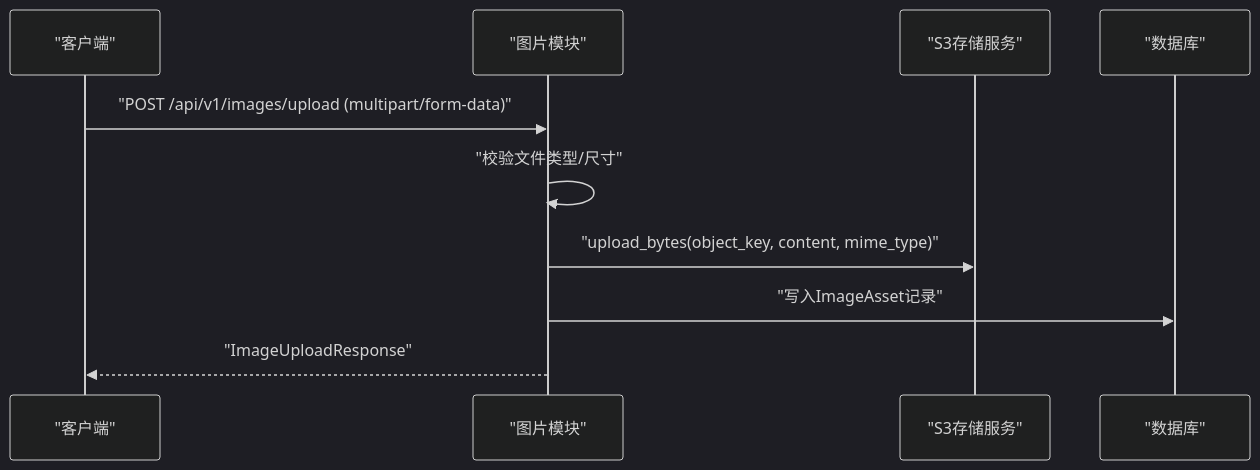
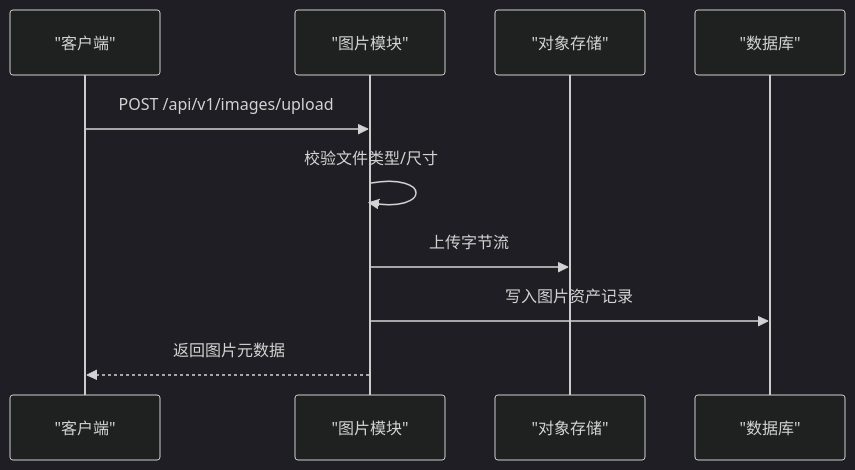
Before and after one commit to selectzhangyuan/AI-photo-coach: the fifth of 7 diagrams in .qoder/repowiki/zh/content/后端API文档/后端API文档.md, drawn with Mermaid (dark theme). The commit also changed other lines of this file and 128 other files, not shown here.

````diff
--- a/.qoder/repowiki/zh/content/后端API文档/后端API文档.md
+++ b/.qoder/repowiki/zh/content/后端API文档/后端API文档.md
@@ -196,12 +269,12 @@
 ```mermaid
 sequenceDiagram
 participant Client as "客户端"
 participant Images as "图片模块"
-participant Storage as "S3存储服务"
+participant Storage as "对象存储"
 participant DB as "数据库"
-Client->>Images : "POST /api/v1/images/upload (multipart/form-data)"
-Images->>Images : "校验文件类型/尺寸"
-Images->>Storage : "upload_bytes(object_key, content, mime_type)"
-Images->>DB : "写入ImageAsset记录"
-Images-->>Client : "ImageUploadResponse"
+Client->>Images : POST /api/v1/images/upload
+Images->>Images : 校验文件类型/尺寸
+Images->>Storage : 上传字节流
+Images->>DB : 写入图片资产记录
+Images-->>Client : 返回图片元数据
 ```
````
